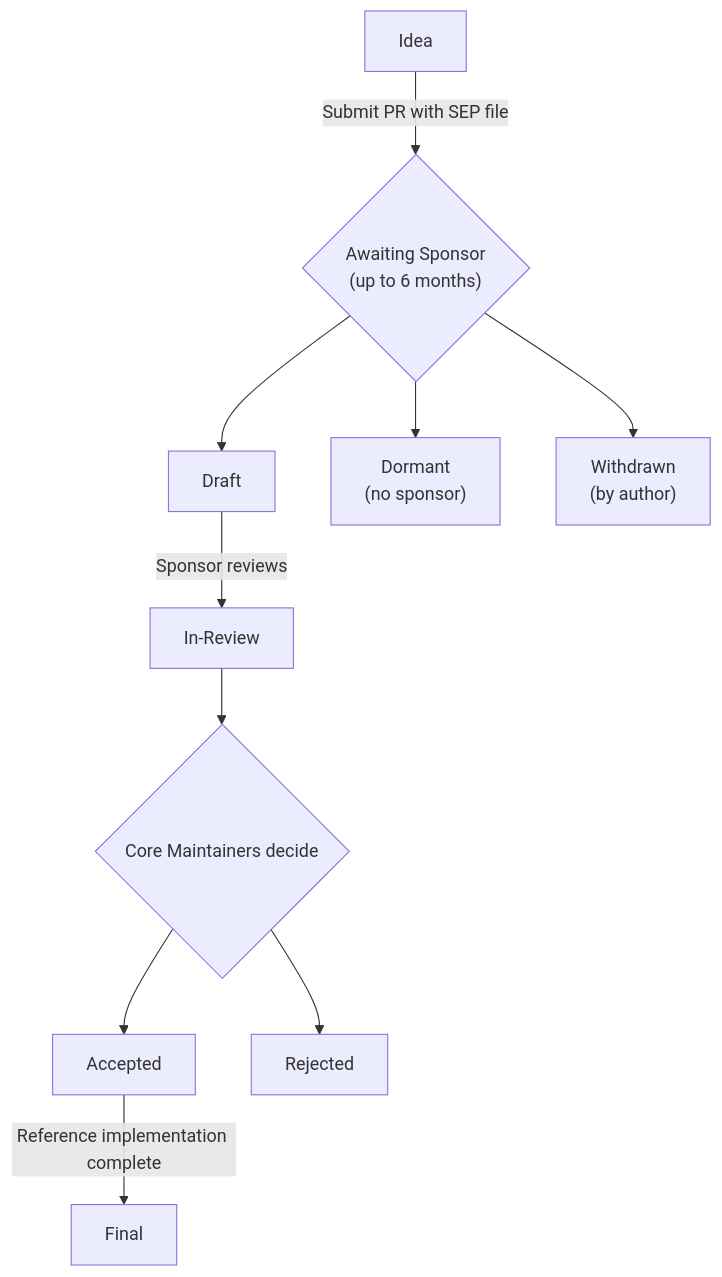
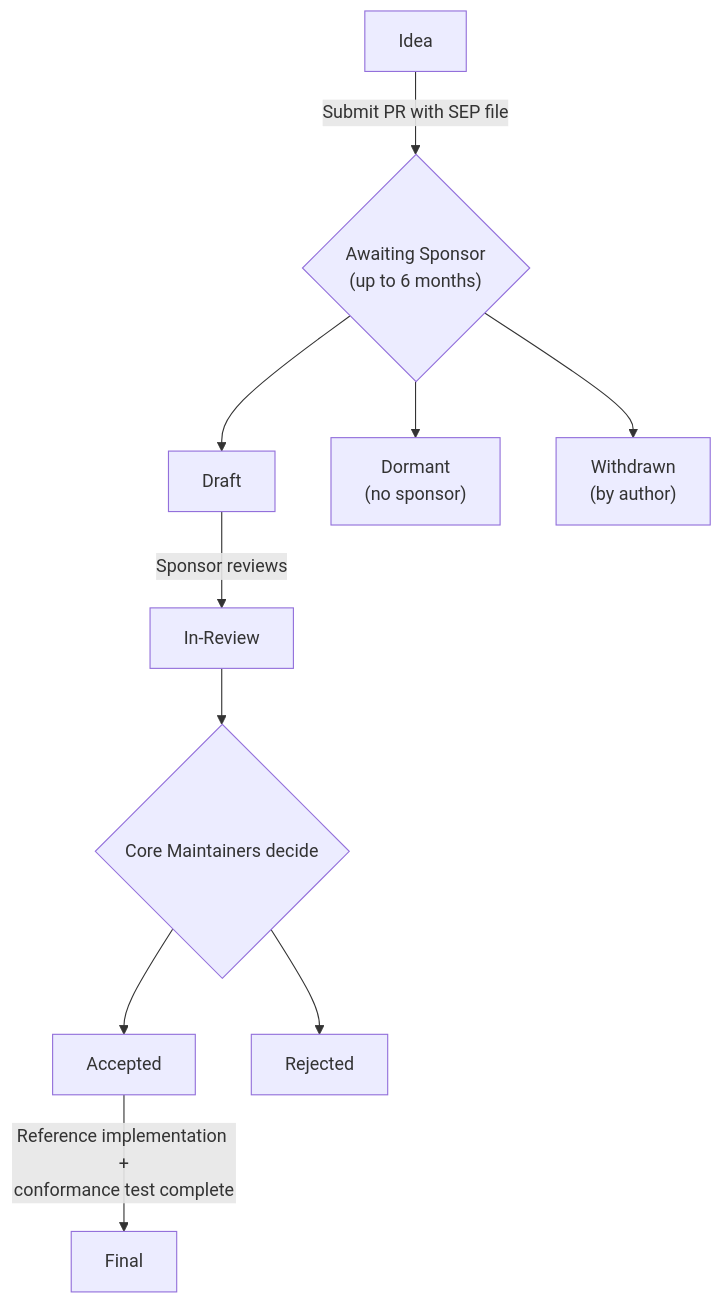
Before and after one commit to NickCollect/ai-coding-runbook: the diagram in 01_Raw/github/modelcontextprotocol/modelcontextprotocol/docs/community/sep-guidelines.mdx, drawn with Mermaid. The commit also changed other lines of this file and 151 other files, not shown here.

````diff
--- a/01_Raw/github/modelcontextprotocol/modelcontextprotocol/docs/community/sep-guidelines.mdx
+++ b/01_Raw/github/modelcontextprotocol/modelcontextprotocol/docs/community/sep-guidelines.mdx
@@ -46,23 +46,23 @@
 ```mermaid
 flowchart TD
     Idea["Idea"]
     AwaitingSponsor{"Awaiting Sponsor<br/>(up to 6 months)"}
     Draft["Draft"]
     Dormant["Dormant<br/>(no sponsor)"]
     Withdrawn["Withdrawn<br/>(by author)"]
     InReview["In-Review"]
     Decision{"Core Maintainers decide"}
     Accepted["Accepted"]
     Rejected["Rejected"]
     Final["Final"]
 
     Idea -->|"Submit PR with SEP file"| AwaitingSponsor
     AwaitingSponsor --> Draft
     AwaitingSponsor --> Dormant
     AwaitingSponsor --> Withdrawn
     Draft -->|"Sponsor reviews"| InReview
     InReview --> Decision
     Decision --> Accepted
     Decision --> Rejected
-    Accepted -->|"Reference implementation complete"| Final
+    Accepted -->|"Reference implementation +<br/>conformance test complete"| Final
 ```
````
